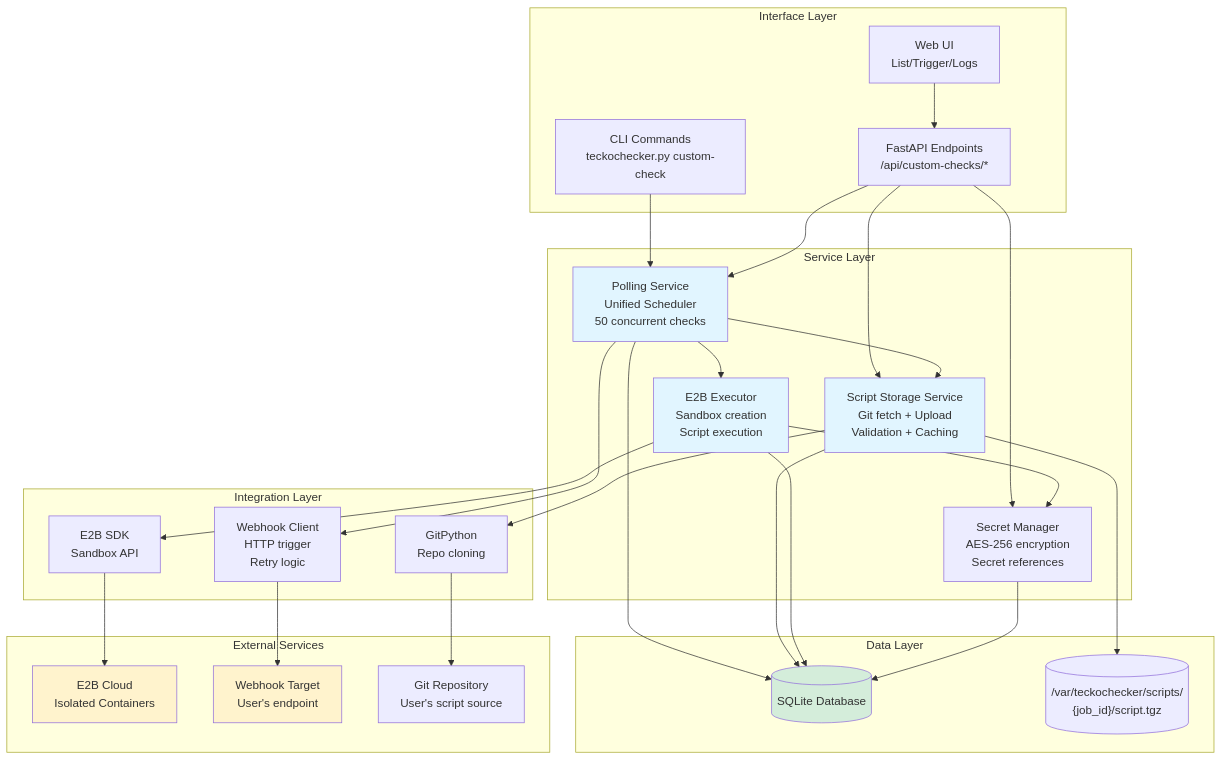
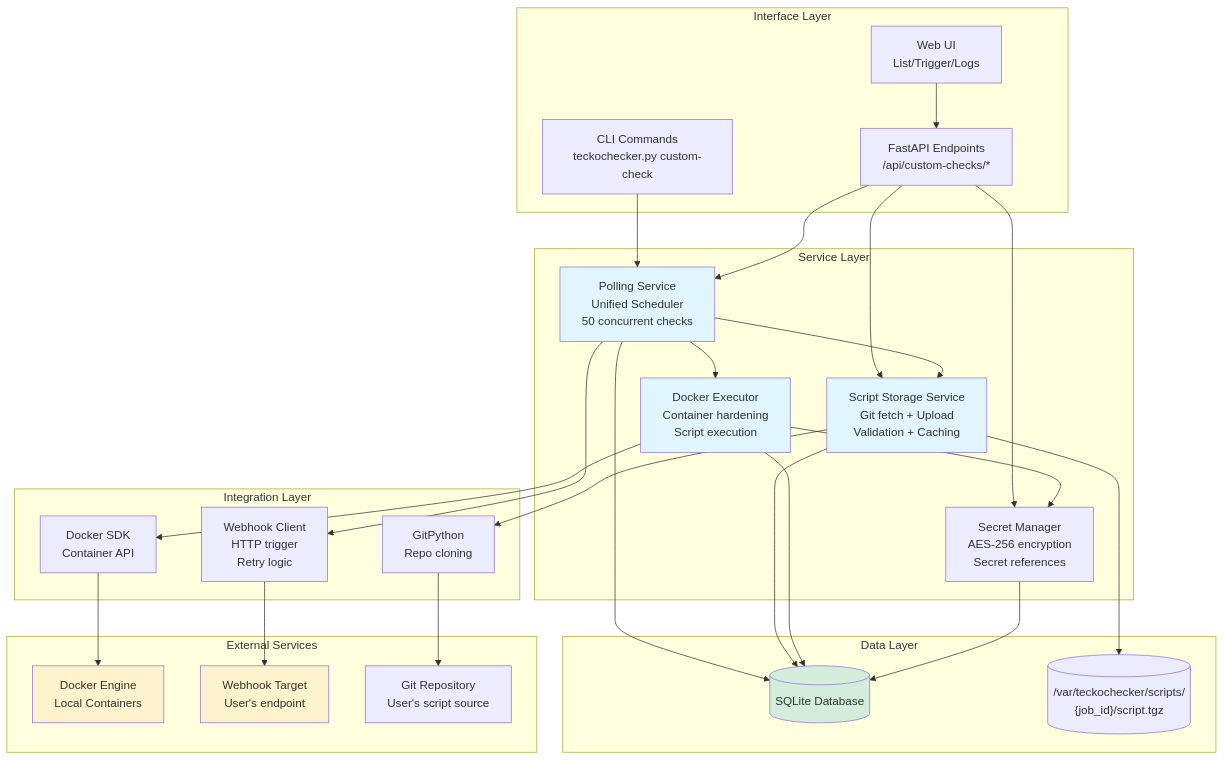
One commit to padak/teckochecker changed the second of 2 diagrams in docs/architecture/custom-checks-prd.md. Above: the diagram before and after it, drawn with Mermaid. The commit also changed other lines of this file, not shown here.

````diff
--- a/docs/architecture/custom-checks-prd.md
+++ b/docs/architecture/custom-checks-prd.md
@@ -134,63 +137,63 @@
 ```mermaid
 graph TB
     subgraph "Interface Layer"
         CLI[CLI Commands<br/>teckochecker.py custom-check]
         API[FastAPI Endpoints<br/>/api/custom-checks/*]
         WebUI[Web UI<br/>List/Trigger/Logs]
     end
 
     subgraph "Service Layer"
         PollingService[Polling Service<br/>Unified Scheduler<br/>50 concurrent checks]
         ScriptStorage[Script Storage Service<br/>Git fetch + Upload<br/>Validation + Caching]
-        E2BExecutor[E2B Executor<br/>Sandbox creation<br/>Script execution]
+        DockerExecutor[Docker Executor<br/>Container hardening<br/>Script execution]
         SecretMgr[Secret Manager<br/>AES-256 encryption<br/>Secret references]
     end
 
     subgraph "Integration Layer"
         WebhookClient[Webhook Client<br/>HTTP trigger<br/>Retry logic]
-        E2BSDK[E2B SDK<br/>Sandbox API]
+        DockerSDK[Docker SDK<br/>Container API]
         GitPython[GitPython<br/>Repo cloning]
     end
 
     subgraph "Data Layer"
         DB[(SQLite Database)]
         FileStorage[("/var/teckochecker/scripts/<br/>{job_id}/script.tgz")]
     end
 
     subgraph "External Services"
-        E2BSandbox[E2B Cloud<br/>Isolated Containers]
+        DockerEngine[Docker Engine<br/>Local Containers]
         WebhookTarget[Webhook Target<br/>User's endpoint]
         GitRepo[Git Repository<br/>User's script source]
     end
 
     CLI --> PollingService
     API --> PollingService
     API --> ScriptStorage
     API --> SecretMgr
     WebUI --> API
 
     PollingService --> ScriptStorage
-    PollingService --> E2BExecutor
+    PollingService --> DockerExecutor
     PollingService --> WebhookClient
     PollingService --> DB
 
     ScriptStorage --> FileStorage
     ScriptStorage --> GitPython
     ScriptStorage --> DB
 
-    E2BExecutor --> E2BSDK
-    E2BExecutor --> SecretMgr
-    E2BExecutor --> DB
+    DockerExecutor --> DockerSDK
+    DockerExecutor --> SecretMgr
+    DockerExecutor --> DB
 
     SecretMgr --> DB
     WebhookClient --> WebhookTarget
-    E2BSDK --> E2BSandbox
+    DockerSDK --> DockerEngine
     GitPython --> GitRepo
 
     style PollingService fill:#e1f5ff
-    style E2BExecutor fill:#e1f5ff
+    style DockerExecutor fill:#e1f5ff
     style ScriptStorage fill:#e1f5ff
-    style E2BSandbox fill:#fff3cd
+    style DockerEngine fill:#fff3cd
     style WebhookTarget fill:#fff3cd
     style DB fill:#d4edda
 ```
````
